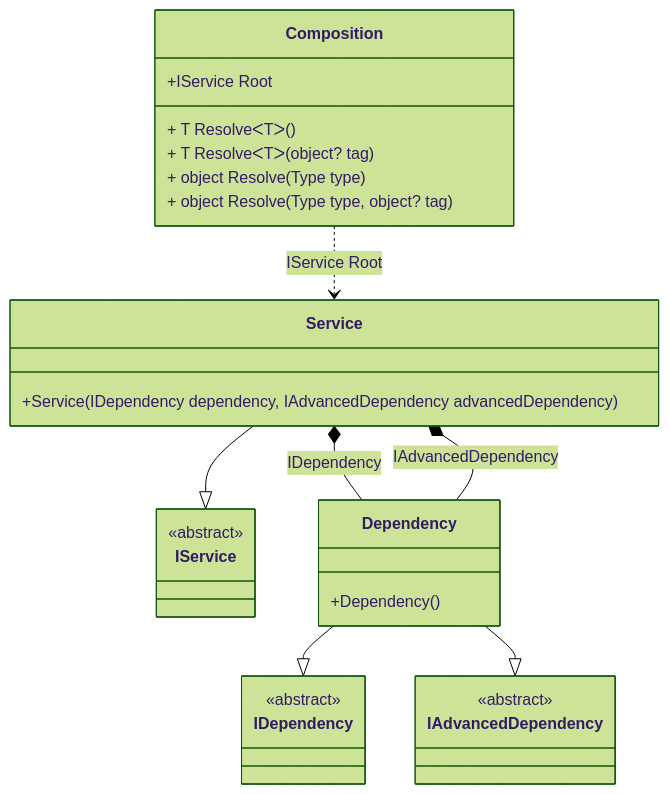
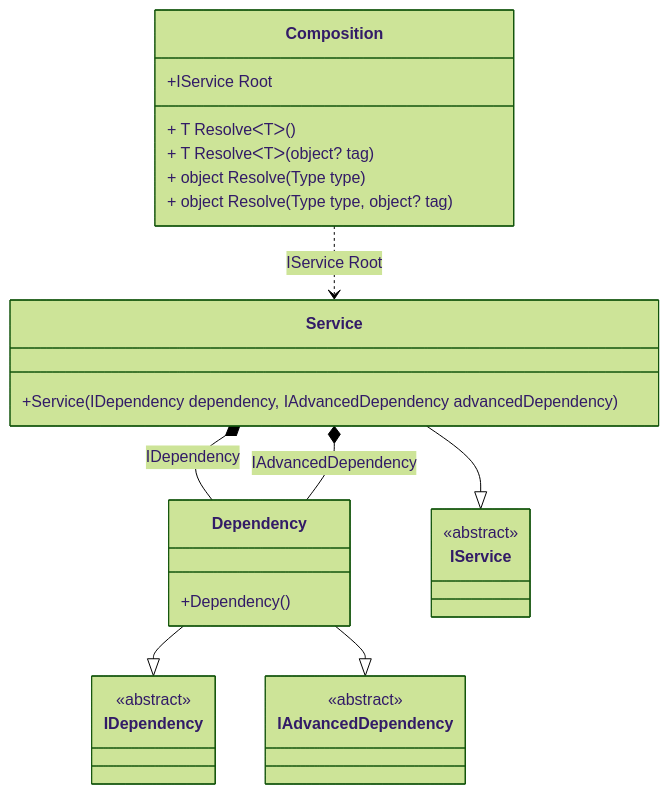
Before and after one commit to DevTeam/Pure.DI: the diagram in readme/multi-contract-bindings.md, drawn with Mermaid (forest theme). The commit also changed other lines of this file and 58 other files, not shown here.

Commit message:
Fixes an issue where overloaded bindings can be applied in the wrong sequence

````diff
--- a/readme/multi-contract-bindings.md
+++ b/readme/multi-contract-bindings.md
@@ -36,31 +36,31 @@
 ```mermaid
 classDiagram
   class Composition {
     +IService Root
     + T ResolveᐸTᐳ()
     + T ResolveᐸTᐳ(object? tag)
     + object Resolve(Type type)
     + object Resolve(Type type, object? tag)
   }
-  Service --|> IService : 
-  class Service {
-    +Service(IDependency dependency, IAdvancedDependency advancedDependency)
-  }
   Dependency --|> IDependency : 
   Dependency --|> IAdvancedDependency : 
   class Dependency {
     +Dependency()
   }
-  class IService {
-    <<abstract>>
+  Service --|> IService : 
+  class Service {
+    +Service(IDependency dependency, IAdvancedDependency advancedDependency)
   }
   class IDependency {
     <<abstract>>
   }
   class IAdvancedDependency {
     <<abstract>>
   }
+  class IService {
+    <<abstract>>
+  }
   Service *--  Dependency : IDependency
   Service *--  Dependency : IAdvancedDependency
   Composition ..> Service : IService Root
 ```
````
